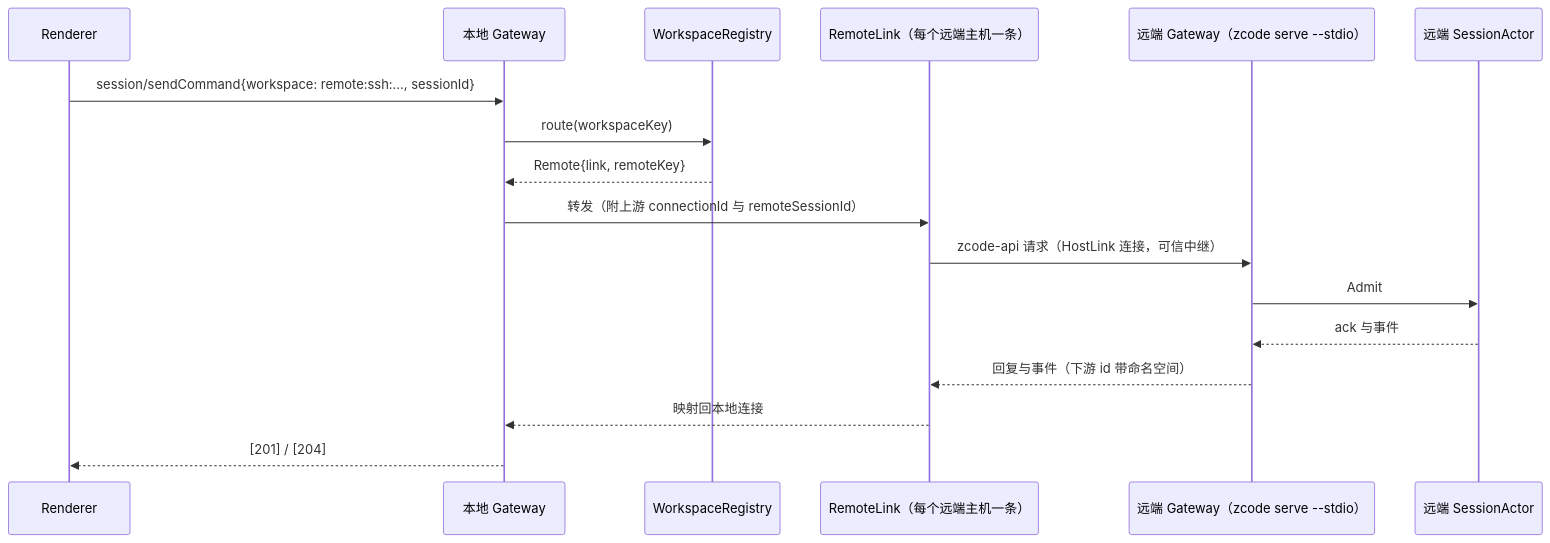
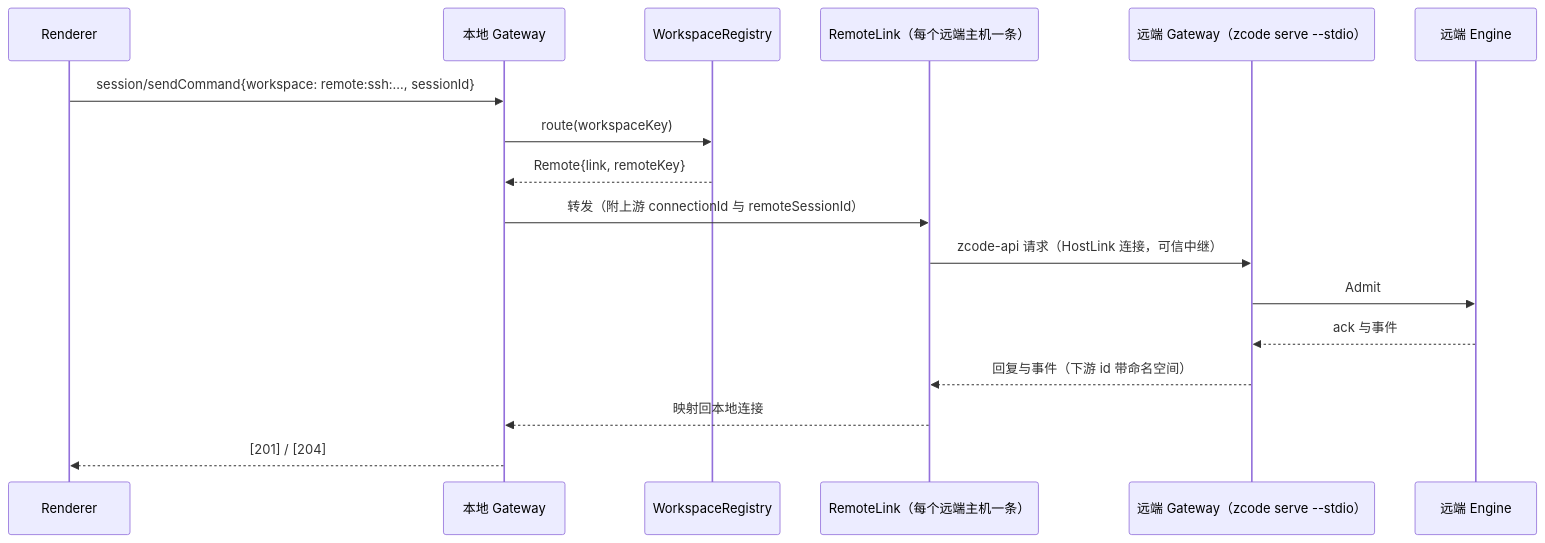
The seventh of 10 diagrams in docs/specs/rust-unified-host.md (Madin-H23/ZCode-rs), drawn with Mermaid before and after one commit. The commit also changed other lines of this file and 1 other file, not shown here.

First line of the commit message:
docs(rust): keep one Engine for all workspaces; add Codex engineering practices

````diff
--- a/docs/specs/rust-unified-host.md
+++ b/docs/specs/rust-unified-host.md
@@ -415,19 +416,19 @@
 ```mermaid
 sequenceDiagram
     participant R as Renderer
     participant G as 本地 Gateway
     participant WR as WorkspaceRegistry
     participant RL as RemoteLink（每个远端主机一条）
     participant RG as 远端 Gateway（zcode serve --stdio）
-    participant RS as 远端 SessionActor
+    participant RS as 远端 Engine
     R->>G: session/sendCommand{workspace: remote:ssh:…, sessionId}
     G->>WR: route(workspaceKey)
     WR-->>G: Remote{link, remoteKey}
     G->>RL: 转发（附上游 connectionId 与 remoteSessionId）
     RL->>RG: zcode-api 请求（HostLink 连接，可信中继）
     RG->>RS: Admit
     RS-->>RG: ack 与事件
     RG-->>RL: 回复与事件（下游 id 带命名空间）
     RL-->>G: 映射回本地连接
     G-->>R: [201] / [204]
 ```
````
